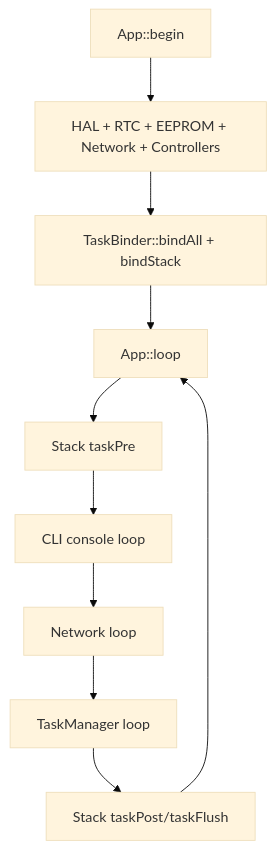
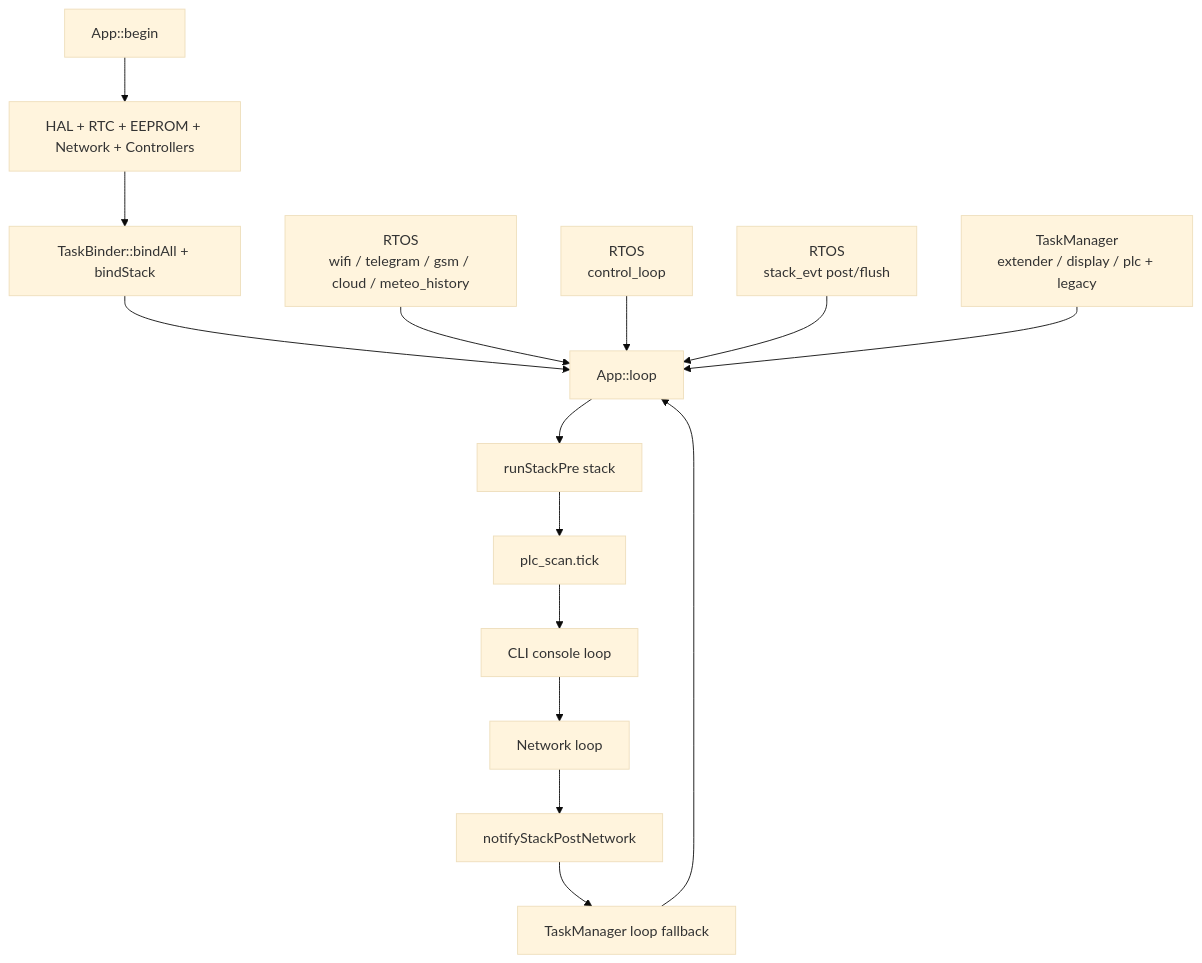
One commit to Denisov-Foundation-Limited/plc-esp2 changed the second of 2 diagrams in README.md. Above: the diagram before and after it, drawn with Mermaid (base theme). The commit also changed other lines of this file and 8 other files, not shown here.

Commit message:
fix(rtos): keep control_loop on FreeRTOS and return display/plc/extender to cooperative loop

````diff
--- a/README.md
+++ b/README.md
@@ -35,13 +41,19 @@
 ```mermaid
 flowchart TD
   START[App::begin] --> INIT[HAL + RTC + EEPROM + Network + Controllers]
   INIT --> BIND[TaskBinder::bindAll + bindStack]
   BIND --> LOOP[App::loop]
 
-  LOOP --> PRE[Stack taskPre]
-  PRE --> CONSOLE[CLI console loop]
+  LOOP --> PRE[runStackPre stack]
+  PRE --> PLCSCAN[plc_scan.tick]
+  PLCSCAN --> CONSOLE[CLI console loop]
   CONSOLE --> NETLOOP[Network loop]
-  NETLOOP --> TMLOOP[TaskManager loop]
-  TMLOOP --> POST[Stack taskPost/taskFlush]
-  POST --> LOOP
+  NETLOOP --> POSTSIG[notifyStackPostNetwork]
+  POSTSIG --> TMLOOP[TaskManager loop fallback]
+  TMLOOP --> LOOP
+
+  RTOSNET[RTOS\nwifi / telegram / gsm / cloud / meteo_history] --> LOOP
+  RTOSCTRL[RTOS\ncontrol_loop] --> LOOP
+  STACKEVT[RTOS\nstack_evt post/flush] --> LOOP
+  COOPIO[TaskManager\nextender / display / plc + legacy] --> LOOP
 ```
````
